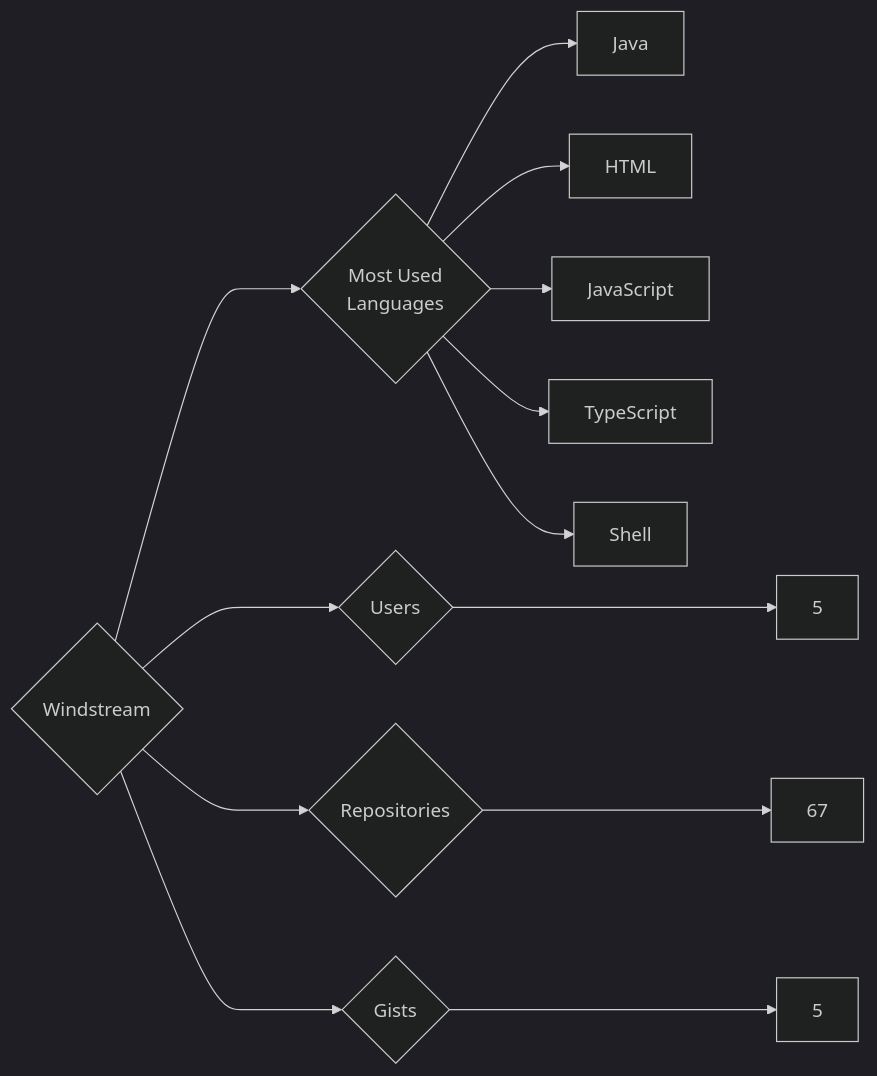
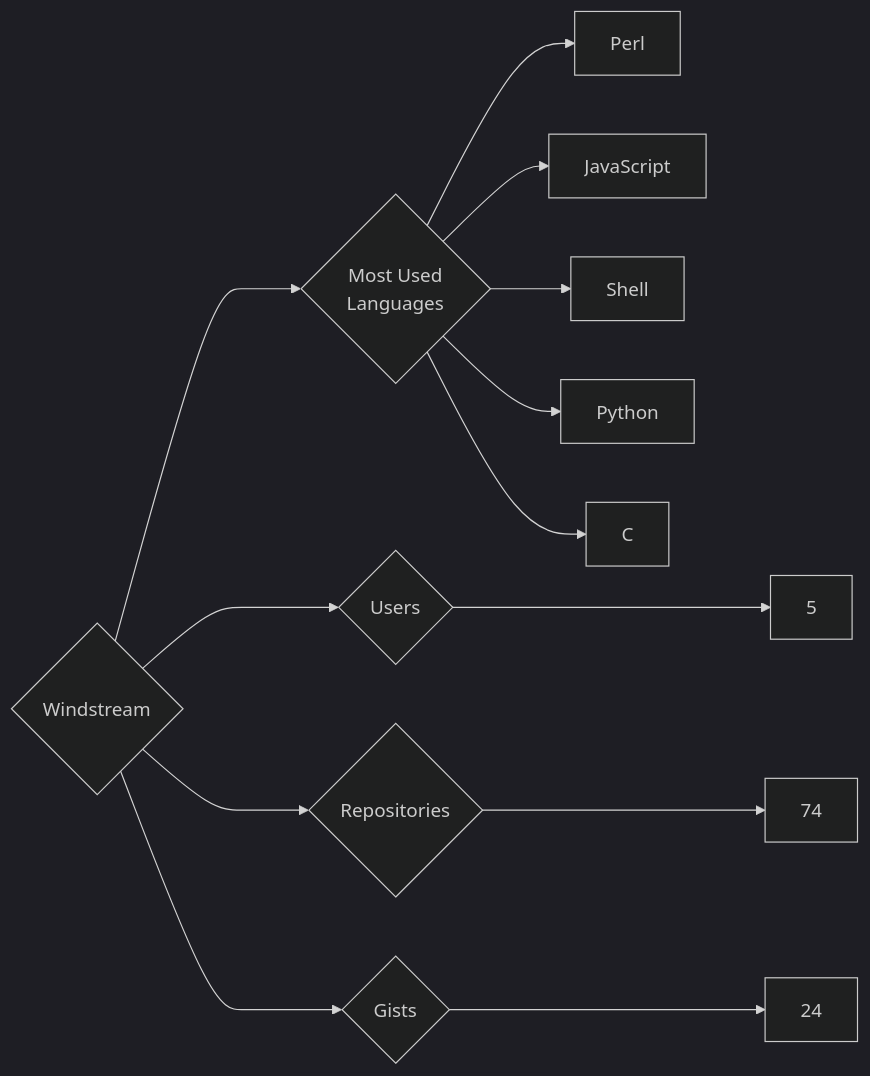
One commit to trickest/insiders changed the diagram in targets/Windstream/README.md. Above: the diagram before and after it, drawn with Mermaid (dark theme). The commit also changed 1696 other files, not shown here.

````diff
--- a/targets/Windstream/README.md
+++ b/targets/Windstream/README.md
@@ -3,13 +3,13 @@
 ```mermaid
 graph LR
 COMPANY_NAME{Windstream}
 COMPANY_NAME ---> U{Users} ---> UN[5]
-COMPANY_NAME ---> R{Repositories} ---> RN[67]
-COMPANY_NAME ---> G{Gists} ---> GN[5]
+COMPANY_NAME ---> R{Repositories} ---> RN[74]
+COMPANY_NAME ---> G{Gists} ---> GN[24]
 COMPANY_NAME ---> ML{Most Used<br>Languages}
-ML --> Java[Java]
-ML --> HTML[HTML]
+ML --> Perl[Perl]
 ML --> JavaScript[JavaScript]
-ML --> TypeScript[TypeScript]
 ML --> Shell[Shell]
+ML --> Python[Python]
+ML --> C[C]
 ```
````
